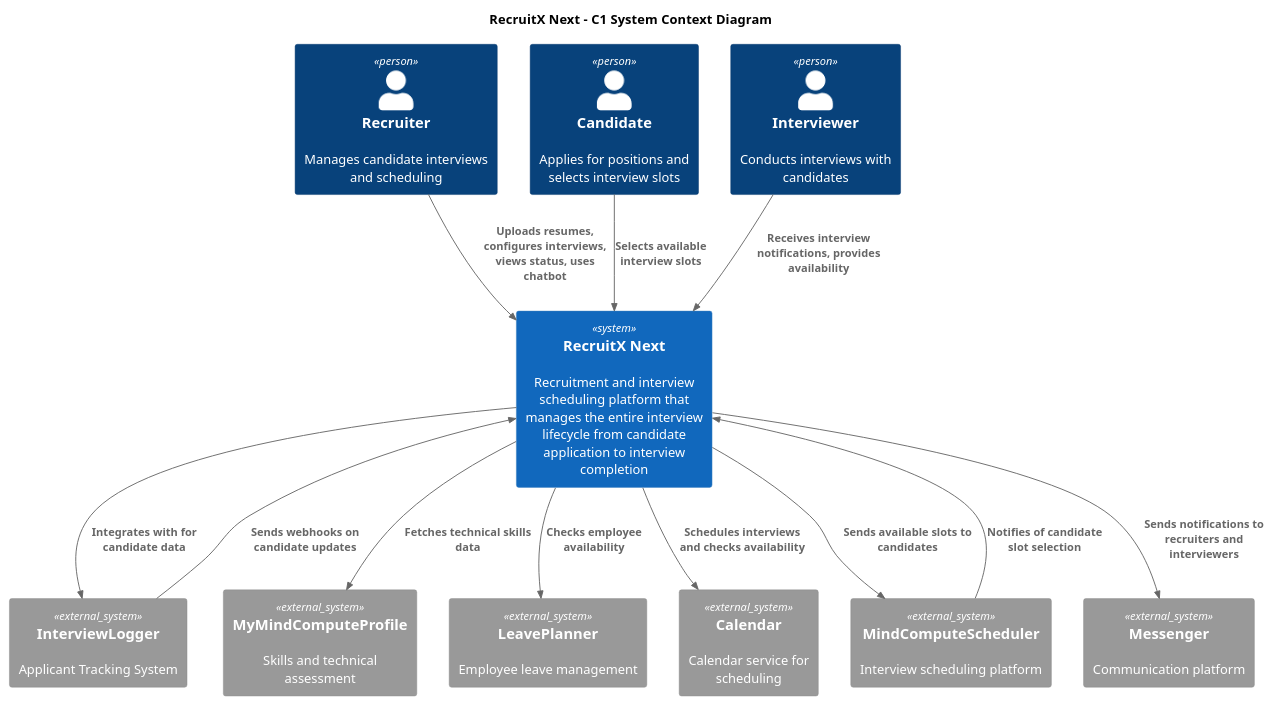
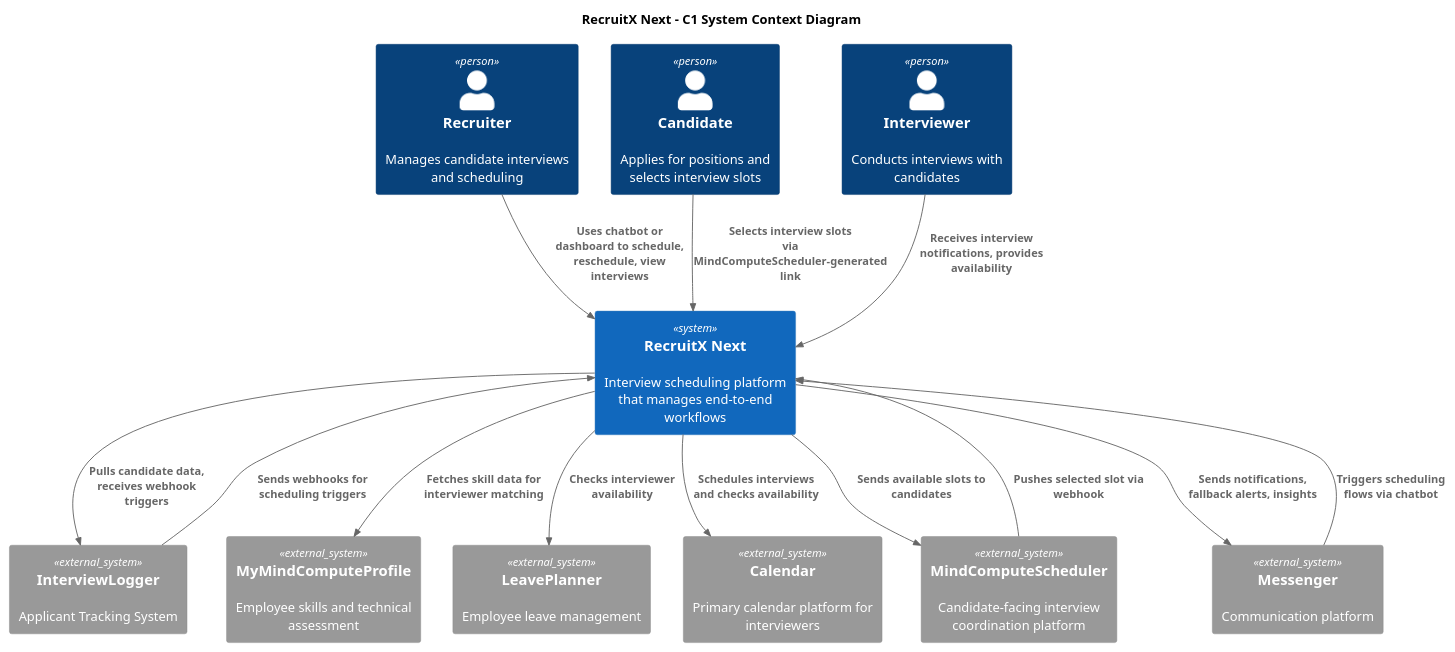
One commit to nithyanatarajan/404-architectsnotfound changed the diagram in c4models/c1/C1-SystemContext.puml. Above: the diagram before and after it, drawn with PlantUML. The commit also changed 2 other files, not shown here.

Commit message:
Wireup C1 and C2 diagrams

```diff
--- a/c4models/c1/C1-SystemContext.puml
+++ b/c4models/c1/C1-SystemContext.puml
@@ -1,38 +1,41 @@
 @startuml
 !include <C4/C4_Context>
 
-TITLE RecruitX Next -  C1 System Context Diagram
+TITLE RecruitX Next – C1 System Context Diagram
 
+' People
 Person(recruiter, "Recruiter", "Manages candidate interviews and scheduling")
 Person(candidate, "Candidate", "Applies for positions and selects interview slots")
 Person(interviewer, "Interviewer", "Conducts interviews with candidates")
 
-System(recruitXSystem, "RecruitX Next", "Recruitment and interview scheduling platform that manages the entire interview lifecycle from candidate application to interview completion")
+' System
+System(recruitXSystem, "RecruitX Next", "Interview scheduling platform that manages end-to-end workflows")
 
+' External Systems
 System_Ext(interviewLogger, "InterviewLogger", "Applicant Tracking System")
-System_Ext(myMindComputeProfile, "MyMindComputeProfile", "Skills and technical assessment")
+System_Ext(myMindComputeProfile, "MyMindComputeProfile", "Employee skills and technical assessment")
 System_Ext(leavePlanner, "LeavePlanner", "Employee leave management")
-System_Ext(calendar, "Calendar", "Calendar service for scheduling")
-System_Ext(mindComputeScheduler, "MindComputeScheduler", "Interview scheduling platform")
+System_Ext(calendar, "Calendar", "Primary calendar platform for interviewers")
+System_Ext(mindComputeScheduler, "MindComputeScheduler", "Candidate-facing interview coordination platform")
 System_Ext(Messenger, "Messenger", "Communication platform")
 
-Rel(recruiter, recruitXSystem, "Uploads resumes, configures interviews, views status, uses chatbot")
-Rel(candidate, recruitXSystem, "Selects available interview slots")
+' Human → System
+Rel(recruiter, recruitXSystem, "Uses chatbot or dashboard to schedule, reschedule, view interviews")
+Rel(candidate, recruitXSystem, "Selects interview slots via MindComputeScheduler-generated link")
 Rel(interviewer, recruitXSystem, "Receives interview notifications, provides availability")
 
-Rel(recruitXSystem, interviewLogger, "Integrates with for candidate data")
-Rel(interviewLogger, recruitXSystem, "Sends webhooks on candidate updates")
+' RecruitX → External Systems
+Rel(recruitXSystem, interviewLogger, "Pulls candidate data, receives webhook triggers")
+Rel(interviewLogger, recruitXSystem, "Sends webhooks for scheduling triggers")
 
-Rel(recruitXSystem, myMindComputeProfile, "Fetches technical skills data")
-Rel(recruitXSystem, leavePlanner, "Checks employee availability")
+Rel(recruitXSystem, myMindComputeProfile, "Fetches skill data for interviewer matching")
+Rel(recruitXSystem, leavePlanner, "Checks interviewer availability")
 Rel(recruitXSystem, calendar, "Schedules interviews and checks availability")
 
 Rel(recruitXSystem, mindComputeScheduler, "Sends available slots to candidates")
-Rel(mindComputeScheduler, recruitXSystem, "Notifies of candidate slot selection")
+Rel(mindComputeScheduler, recruitXSystem, "Pushes selected slot via webhook")
 
-Rel(recruitXSystem, Messenger, "Sends notifications to recruiters and interviewers")
+Rel(Messenger, recruitXSystem, "Triggers scheduling flows via chatbot")
+Rel(recruitXSystem, Messenger, "Sends notifications, fallback alerts, insights")
 
-UpdateRelStyle(candidate, recruitXSystem, $textColor="blue", $lineColor="blue")
-UpdateRelStyle(recruiter, recruitXSystem, $textColor="red", $lineColor="red")
-UpdateRelStyle(interviewer, recruitXSystem, $textColor="green", $lineColor="green")
 @enduml
```
